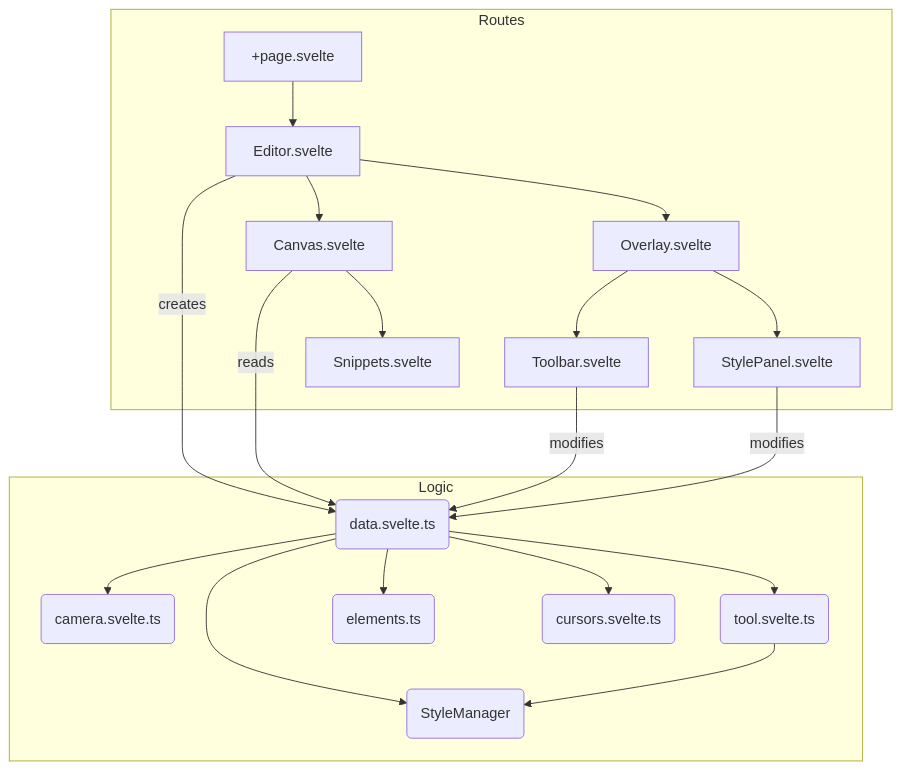
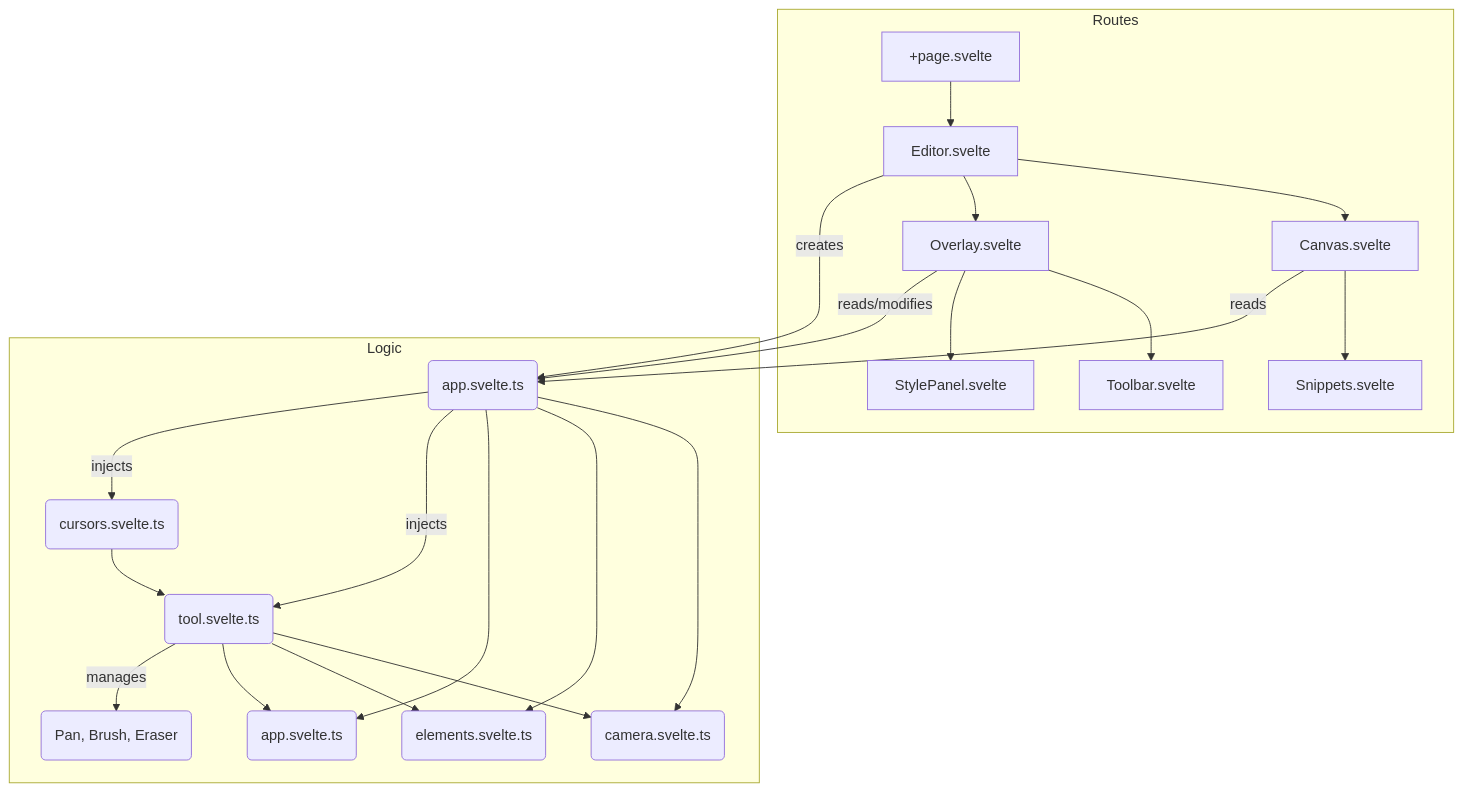
One commit to RedthMC/motion-whiteboard changed the diagram in README.md. Above: the diagram before and after it, drawn with Mermaid. The commit also changed other lines of this file and 16 other files, not shown here.

````diff
--- a/README.md
+++ b/README.md
@@ -11,27 +11,32 @@
 ```mermaid
 graph TD
     subgraph Routes
         Page[+page.svelte] --> Editor[Editor.svelte]
         Editor --> Canvas[Canvas.svelte]
         Editor --> Overlay[Overlay.svelte]
         Overlay --> Toolbar[Toolbar.svelte]
         Overlay --> StylePanel[StylePanel.svelte]
         Canvas --> Snippets[Snippets.svelte]
     end
 
     Editor -- creates --> AppState
     Canvas -- reads --> AppState
-    Toolbar -- modifies --> AppState
-    StylePanel -- modifies --> AppState
+    Overlay -- reads/modifies --> AppState
     
     subgraph Logic
-      AppState(data.svelte.ts)
+      AppState(app.svelte.ts)
       AppState --> Camera(camera.svelte.ts)
-      AppState --> Tools(tool.svelte.ts)
-      AppState --> Elements(elements.ts)
-      AppState --> StyleManager(StyleManager)
-      AppState --> Cursor(cursors.svelte.ts)
+      AppState --> ElementManager(elements.svelte.ts)
+      AppState --> StyleManager(app.svelte.ts)
       
-      Tools --> StyleManager
+      AppState -- injects --> Toolbox(tool.svelte.ts)
+      Toolbox --> Camera
+      Toolbox --> ElementManager
+      Toolbox --> StyleManager
+
+      AppState -- injects --> Cursor(cursors.svelte.ts)
+      Cursor --> Toolbox
+      
+      Toolbox -- manages --> Tools(Pan, Brush, Eraser)
     end
 ```
````
